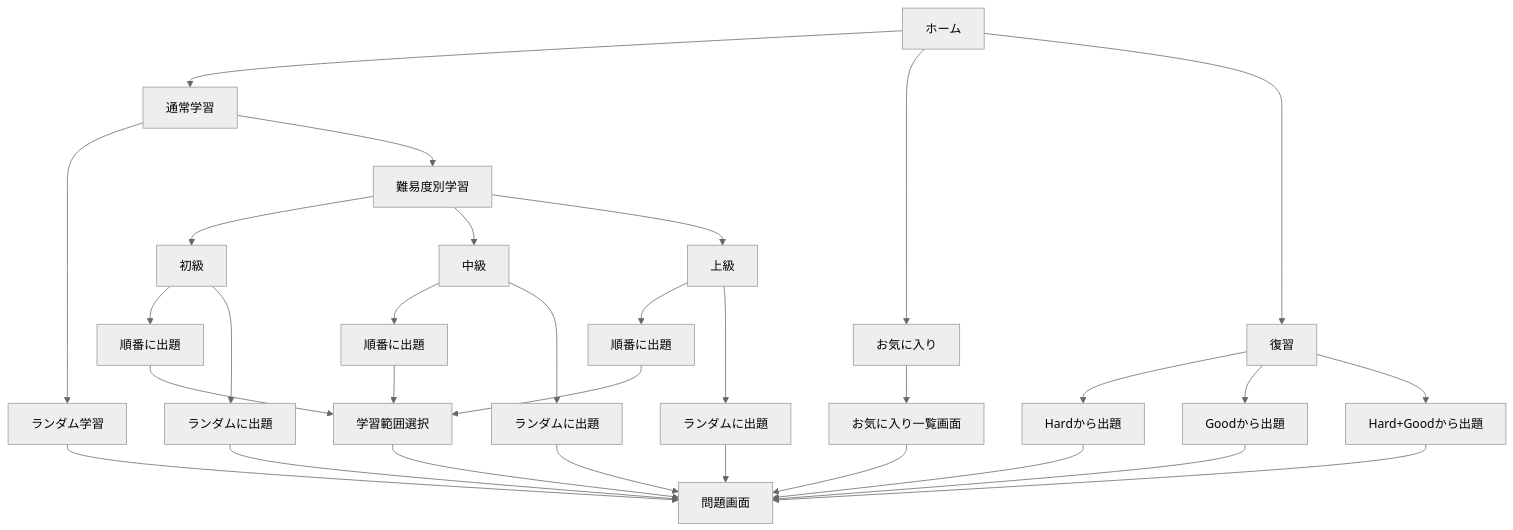
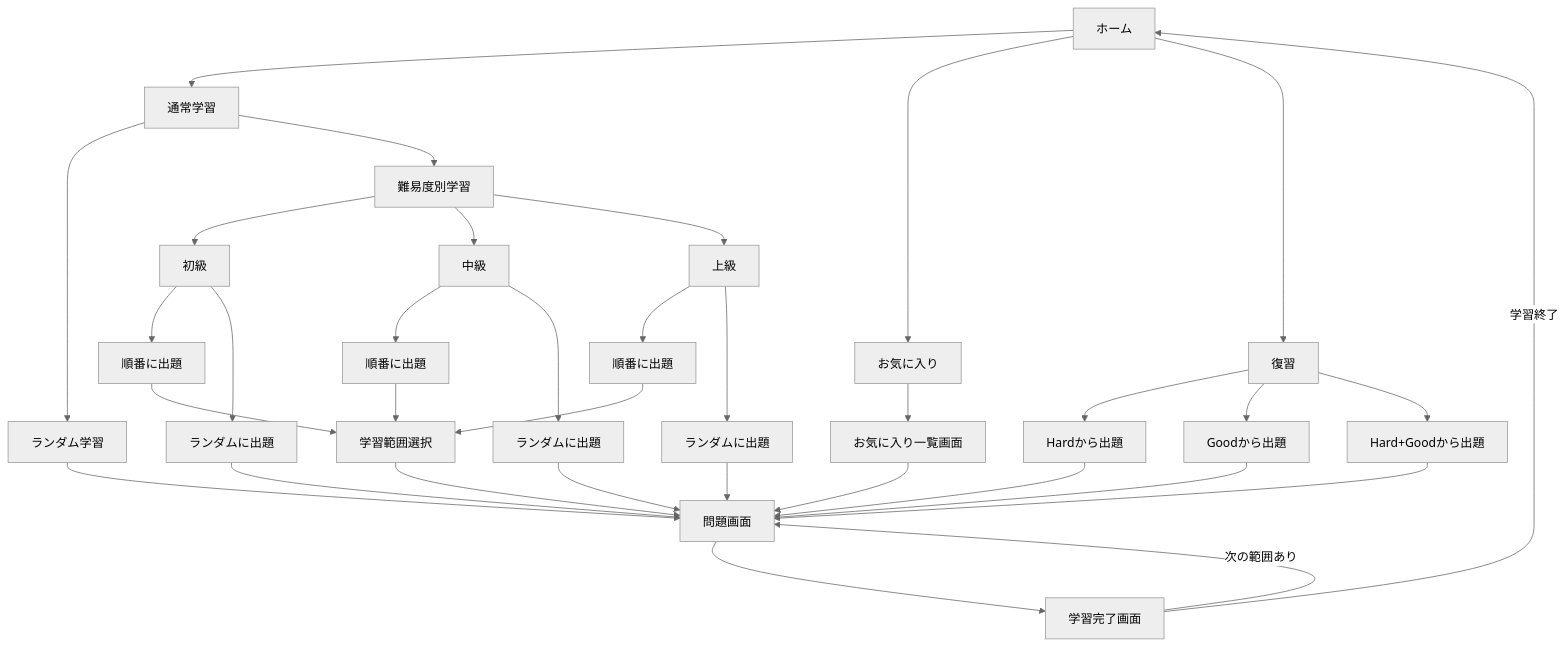
Before and after one commit to mawsonlakes790913/english-output-trainer: the second of 2 diagrams in docs/screen-transition.md, drawn with Mermaid (neutral theme). The commit also changed other lines of this file and 4 other files, not shown here.

````diff
--- a/docs/screen-transition.md
+++ b/docs/screen-transition.md
@@ -45,65 +51,72 @@
 ```mermaid
 flowchart TD
 
 A[ホーム]
 
 A --> B[通常学習]
 A --> C[お気に入り]
 A --> D[復習]
 
 %% 通常学習
 
 B --> E[ランダム学習]
 B --> F[難易度別学習]
 
 E --> J[問題画面]
 
 %% 難易度別学習
 
 F --> G[初級]
 F --> H[中級]
 F --> I[上級]
 
 %% 初級
 
 G --> G1[順番に出題]
 G --> G2[ランダムに出題]
 
-G1 --> S[学習範囲選択]
+G1 --> GS[学習範囲選択]
 G2 --> J
 
 %% 中級
 
 H --> H1[順番に出題]
 H --> H2[ランダムに出題]
 
-H1 --> S
+H1 --> GS
 H2 --> J
 
 %% 上級
 
 I --> I1[順番に出題]
 I --> I2[ランダムに出題]
 
-I1 --> S
+I1 --> GS
 I2 --> J
 
 %% 学習範囲選択
 
-S --> J
+GS --> J
 
 %% お気に入り
 
 C --> K[お気に入り一覧画面]
 K --> J
 
 %% 復習
 
 D --> L[Hardから出題]
 D --> M[Goodから出題]
 D --> N[Hard+Goodから出題]
 
 L --> J
 M --> J
 N --> J
+
+%% 学習完了
+
+J --> O[学習完了画面]
+
+O -->|次の範囲あり| J
+O -->|学習終了| A
 ```
````
